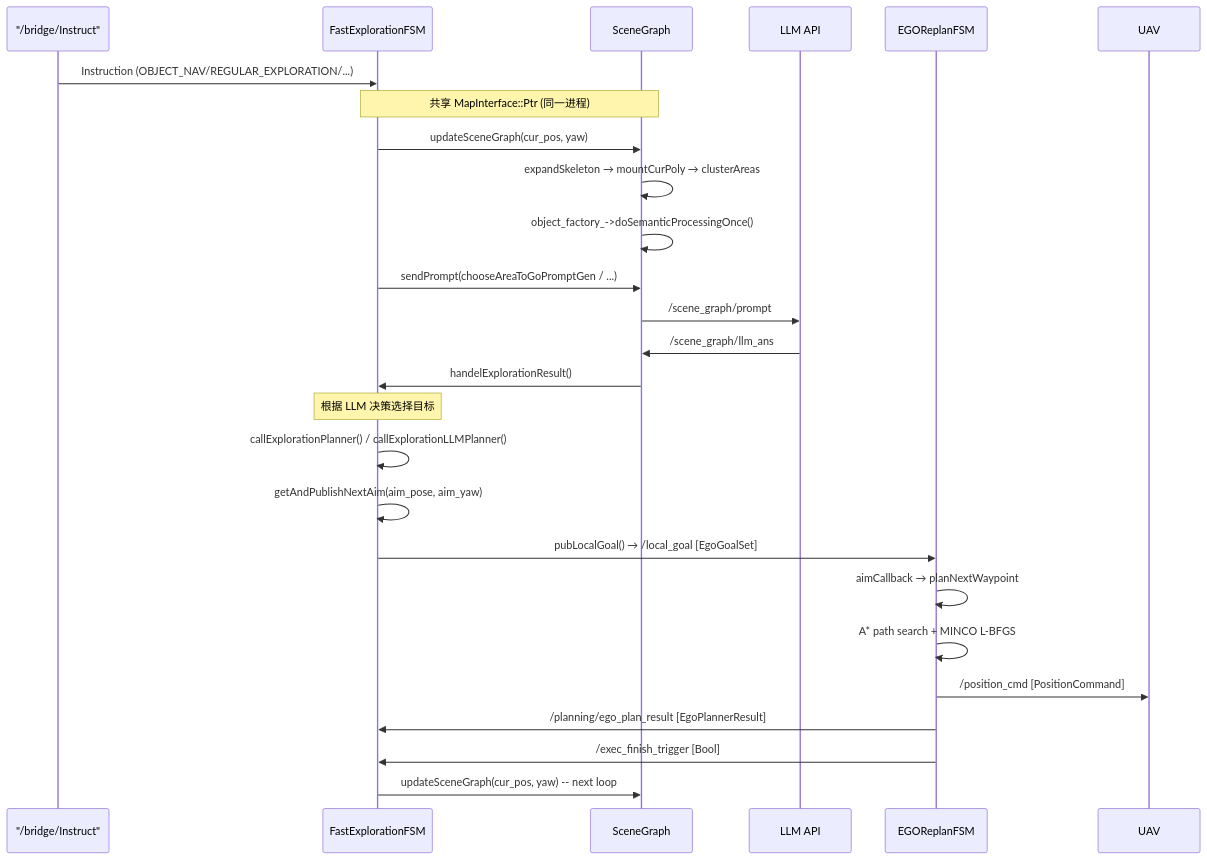
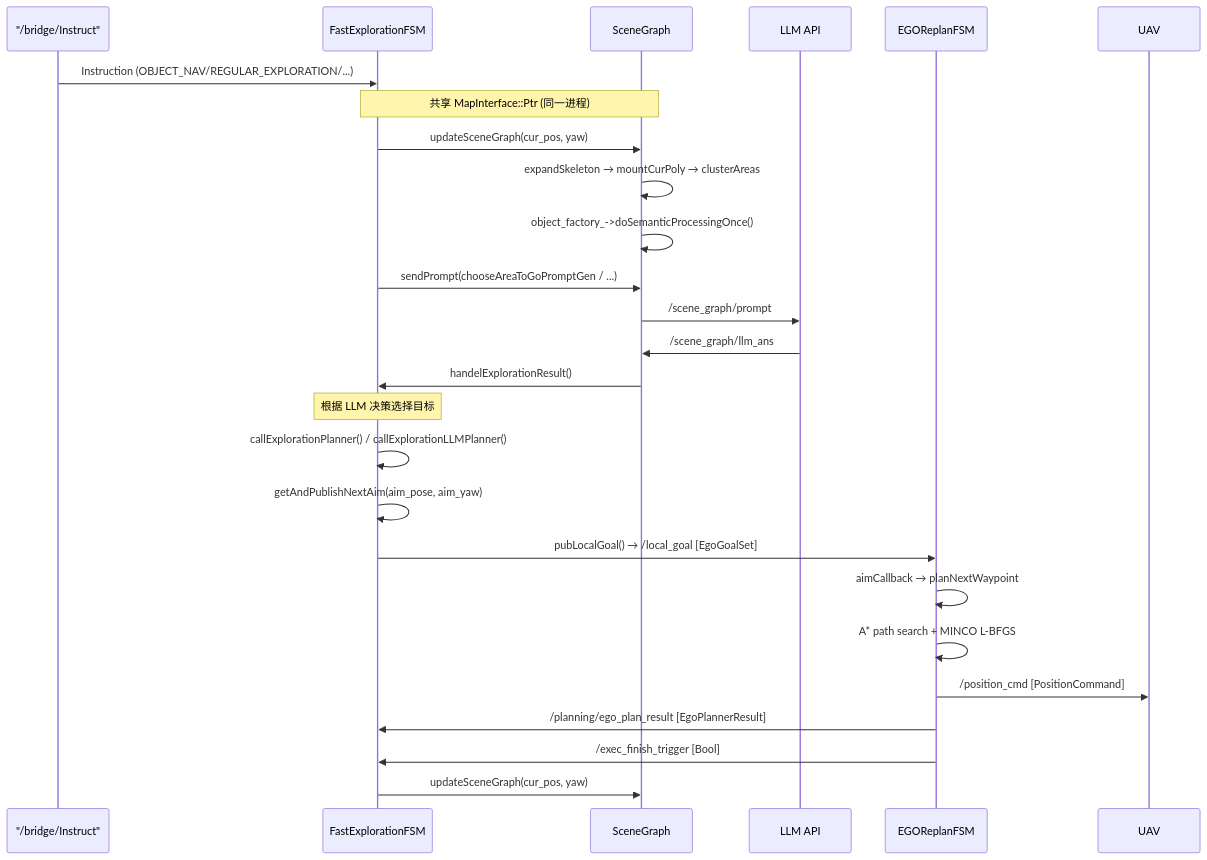
Before and after one commit to WarriorHanamy/uss-nav: the fourth of 4 diagrams in SCENEGRAPH.md, drawn with Mermaid. The commit also changed 1 other file, not shown here.

Commit message:
docs: Fix Mermaid diagram syntax and add mermaid-syntax skill
Removed a `--` inline comment from the SCENEGRAPH.md sequence diagram
that caused Mermaid parse errors. Added .agents/skills/mermaid-syntax
with documented pitfalls and validation practices for the project's
Mermaid v11.15.0 pipeline.

````diff
--- a/SCENEGRAPH.md
+++ b/SCENEGRAPH.md
@@ -324,37 +324,37 @@
 ```mermaid
 sequenceDiagram
     participant GCS as "/bridge/Instruct"
     participant FSM as FastExplorationFSM
     participant SG as SceneGraph
     participant LLM as LLM API
     participant EGO as EGOReplanFSM
     participant UAV
 
     GCS->>FSM: Instruction (OBJECT_NAV/REGULAR_EXPLORATION/...)
     
     Note over FSM,SG: 共享 MapInterface::Ptr (同一进程)
     
     FSM->>SG: updateSceneGraph(cur_pos, yaw)
     SG->>SG: expandSkeleton → mountCurPoly → clusterAreas
     SG->>SG: object_factory_->doSemanticProcessingOnce()
     
     FSM->>SG: sendPrompt(chooseAreaToGoPromptGen / ...)
     SG->>LLM: /scene_graph/prompt
     LLM->>SG: /scene_graph/llm_ans
     SG->>FSM: handelExplorationResult()
     Note over FSM: 根据 LLM 决策选择目标
     
     FSM->>FSM: callExplorationPlanner() / callExplorationLLMPlanner()
     FSM->>FSM: getAndPublishNextAim(aim_pose, aim_yaw)
     FSM->>EGO: pubLocalGoal() → /local_goal [EgoGoalSet]
     
     EGO->>EGO: aimCallback → planNextWaypoint
     EGO->>EGO: A* path search + MINCO L-BFGS
     
     EGO->>UAV: /position_cmd [PositionCommand]
     
     EGO->>FSM: /planning/ego_plan_result [EgoPlannerResult]
     EGO->>FSM: /exec_finish_trigger [Bool]
     
-    FSM->>SG: updateSceneGraph(cur_pos, yaw)  -- next loop
+    FSM->>SG: updateSceneGraph(cur_pos, yaw)
 ```
````
